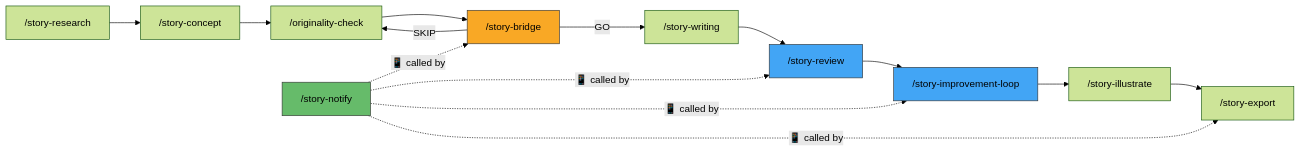
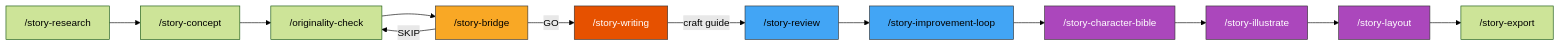
The diagram in CLAUDE.md (codedelamont-beep/bedtime-story-factory), drawn with Mermaid (forest theme) before and after one commit. The commit also changed other lines of this file and 8 other files, not shown here.

````diff
--- a/CLAUDE.md
+++ b/CLAUDE.md
@@ -26,22 +30,22 @@
 ```mermaid
 graph LR
     A["/story-research"] --> B["/story-concept"]
     B --> C["/originality-check"]
     C --> D["/story-bridge"]
     D -->|GO| E["/story-writing"]
     D -->|SKIP| C
-    E --> F["/story-review"]
+    E -->|"craft guide"| F["/story-review"]
     F --> G["/story-improvement-loop"]
-    G --> H["/story-illustrate"]
-    H --> I["/story-export"]
-    
-    N["/story-notify"] -.->|"📱 called by"| D
-    N -.->|"📱 called by"| F
-    N -.->|"📱 called by"| G
-    N -.->|"📱 called by"| I
+    G --> CB["/story-character-bible"]
+    CB --> H["/story-illustrate"]
+    H --> L["/story-layout"]
+    L --> I["/story-export"]
     
     style D fill:#f9a825,stroke:#333
+    style E fill:#e65100,stroke:#333,color:#fff
     style F fill:#42a5f5,stroke:#333
     style G fill:#42a5f5,stroke:#333
-    style N fill:#66bb6a,stroke:#333
+    style CB fill:#ab47bc,stroke:#333,color:#fff
+    style H fill:#ab47bc,stroke:#333,color:#fff
+    style L fill:#ab47bc,stroke:#333,color:#fff
 ```
````
